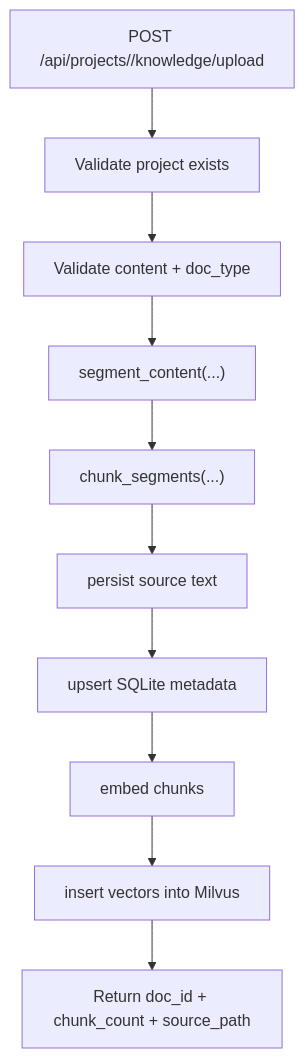
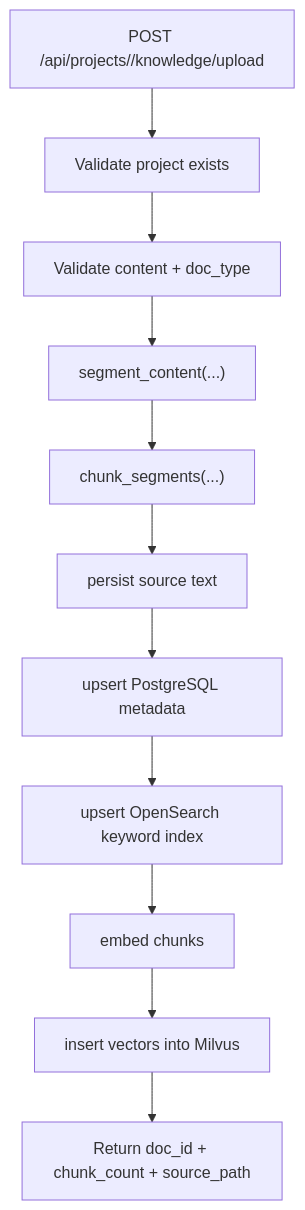
The third of 3 diagrams in docs/en/architecture.md (isWangjianhua/ScriptWriter), drawn with Mermaid before and after one commit. The commit also changed other lines of this file and 14 other files, not shown here.

````diff
--- a/docs/en/architecture.md
+++ b/docs/en/architecture.md
@@ -104,12 +104,13 @@
 ```mermaid
 flowchart TD
     A["POST /api/projects/<project_id>/knowledge/upload"] --> B["Validate project exists"]
     B --> C["Validate content + doc_type"]
     C --> D["segment_content(...)"]
     D --> E["chunk_segments(...)"]
     E --> F["persist source text"]
-    F --> G["upsert SQLite metadata"]
-    G --> H["embed chunks"]
-    H --> I["insert vectors into Milvus"]
-    I --> J["Return doc_id + chunk_count + source_path"]
+    F --> G["upsert PostgreSQL metadata"]
+    G --> H["upsert OpenSearch keyword index"]
+    H --> I["embed chunks"]
+    I --> J["insert vectors into Milvus"]
+    J --> K["Return doc_id + chunk_count + source_path"]
 ```
````
